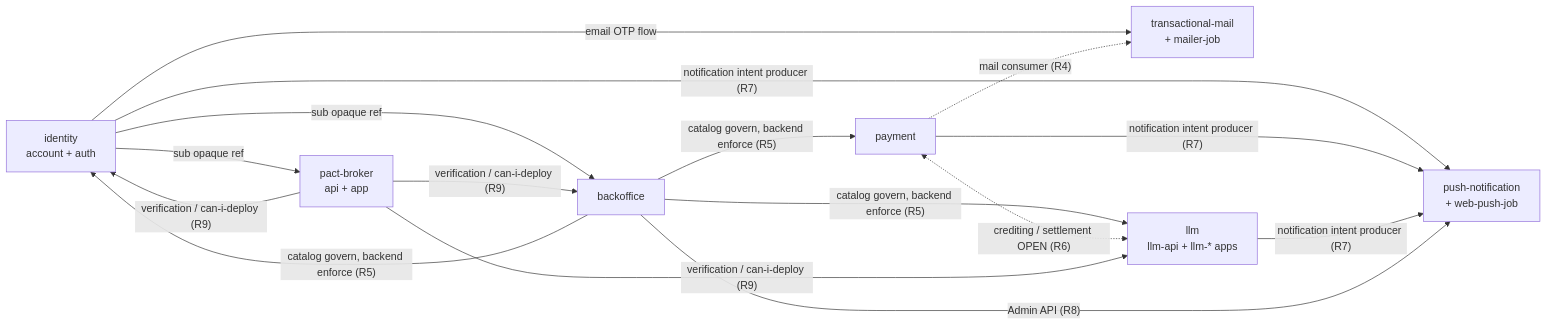
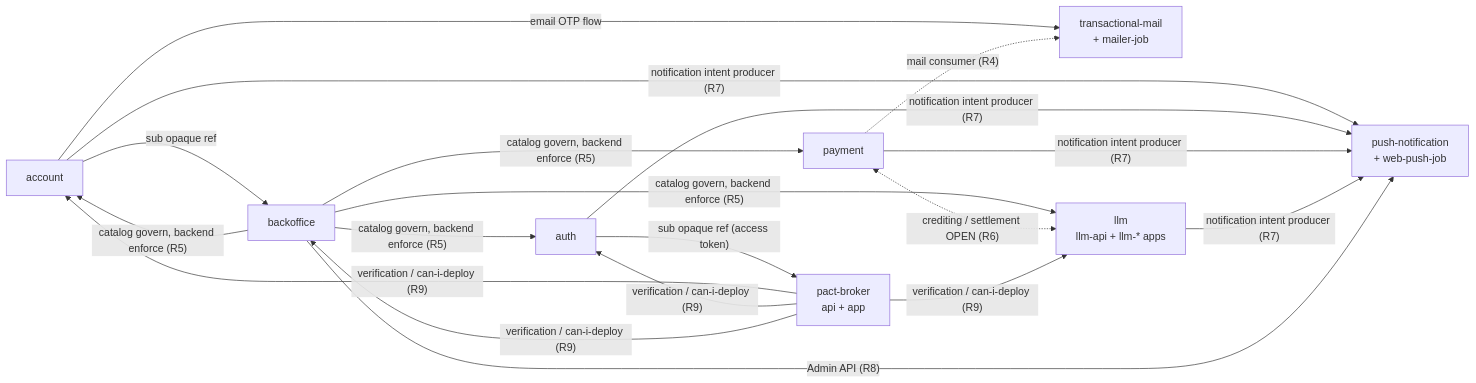
Before and after one commit to ecoma-io/ecoma-io: the diagram in docs/overview/07-domains.md, drawn with Mermaid. The commit also changed other lines of this file and 45 other files, not shown here.

First line of the commit message:
docs: split Identity bounded context into Account and Auth

````diff
--- a/docs/overview/07-domains.md
+++ b/docs/overview/07-domains.md
@@ -168,26 +170,30 @@
 ```mermaid
 flowchart LR
-  identity[identity<br/>account + auth]
+  account[account]
+  auth[auth]
   backoffice[backoffice]
   pact[pact-broker<br/>api + app]
   mail[transactional-mail<br/>+ mailer-job]
   push[push-notification<br/>+ web-push-job]
   llm[llm<br/>llm-api + llm-* apps]
   payment[payment]
 
-  identity -- "sub opaque ref" --> backoffice
-  identity -- "sub opaque ref" --> pact
-  identity -- "email OTP flow" --> mail
+  account -- "sub opaque ref" --> backoffice
+  auth -- "sub opaque ref (access token)" --> pact
+  account -- "email OTP flow" --> mail
   payment -. "mail consumer (R4)" .-> mail
-  backoffice -- "catalog govern, backend enforce (R5)" --> identity
+  backoffice -- "catalog govern, backend enforce (R5)" --> account
+  backoffice -- "catalog govern, backend enforce (R5)" --> auth
   backoffice -- "catalog govern, backend enforce (R5)" --> llm
   backoffice -- "catalog govern, backend enforce (R5)" --> payment
   payment <-. "crediting / settlement OPEN (R6)" .-> llm
-  identity -- "notification intent producer (R7)" --> push
+  account -- "notification intent producer (R7)" --> push
+  auth -- "notification intent producer (R7)" --> push
   payment -- "notification intent producer (R7)" --> push
   llm -- "notification intent producer (R7)" --> push
   backoffice -- "Admin API (R8)" --> push
-  pact -- "verification / can-i-deploy (R9)" --> identity
+  pact -- "verification / can-i-deploy (R9)" --> account
+  pact -- "verification / can-i-deploy (R9)" --> auth
   pact -- "verification / can-i-deploy (R9)" --> backoffice
   pact -- "verification / can-i-deploy (R9)" --> llm
 ```
````
